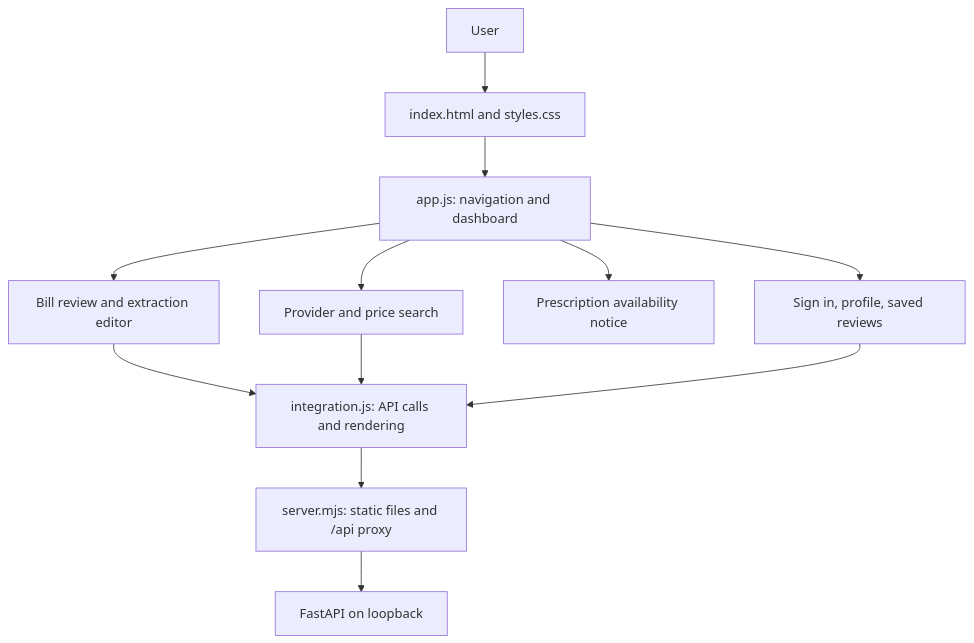
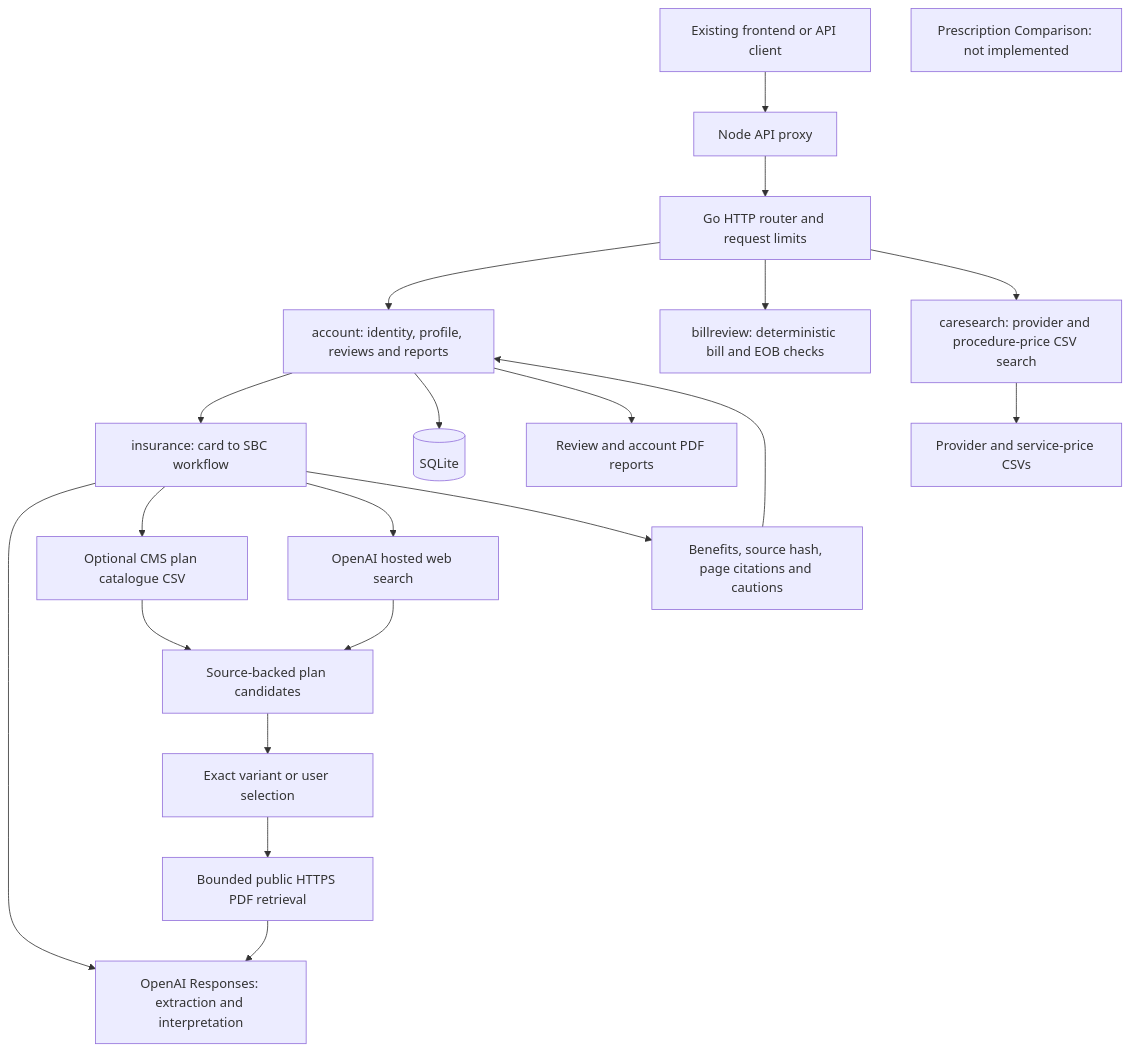
Before and after one commit to jadenC20/HealthcareLookup: the first of 3 diagrams in ARCHITECTURE.md, drawn with Mermaid. The commit also changed other lines of this file and 30 other files, not shown here.

First line of the commit message:
Implement Go accounts and automated insurance plan lookup

````diff
--- a/ARCHITECTURE.md
+++ b/ARCHITECTURE.md
@@ -9,12 +7,23 @@
 ```mermaid
 flowchart TD
-    User[User] --> Shell[index.html and styles.css]
-    Shell --> App[app.js: navigation and dashboard]
-    App --> Bill[Bill review and extraction editor]
-    App --> Care[Provider and price search]
-    App --> Meds[Prescription availability notice]
-    App --> Account[Sign in, profile, saved reviews]
-    Bill & Care & Account --> Integration[integration.js: API calls and rendering]
-    Integration --> Node[server.mjs: static files and /api proxy]
-    Node --> API[FastAPI on loopback]
+    Client[Existing frontend or API client] --> Proxy[Node API proxy]
+    Proxy --> Router[Go HTTP router and request limits]
+    Router --> Account[account: identity, profile, reviews and reports]
+    Router --> Bills[billreview: deterministic bill and EOB checks]
+    Router --> Care[caresearch: provider and procedure-price CSV search]
+    Account --> Insurance[insurance: card to SBC workflow]
+    Insurance --> AI[OpenAI Responses: extraction and interpretation]
+    Insurance --> Catalog[Optional CMS plan catalogue CSV]
+    Insurance --> Search[OpenAI hosted web search]
+    Search --> Candidates[Source-backed plan candidates]
+    Catalog --> Candidates
+    Candidates --> Match[Exact variant or user selection]
+    Match --> Fetch[Bounded public HTTPS PDF retrieval]
+    Fetch --> AI
+    Insurance --> Result[Benefits, source hash, page citations and cautions]
+    Account --> DB[(SQLite)]
+    Result --> Account
+    Account --> PDF[Review and account PDF reports]
+    Care --> CSV[Provider and service-price CSVs]
+    Prescription[Prescription Comparison: not implemented]
 ```
````
